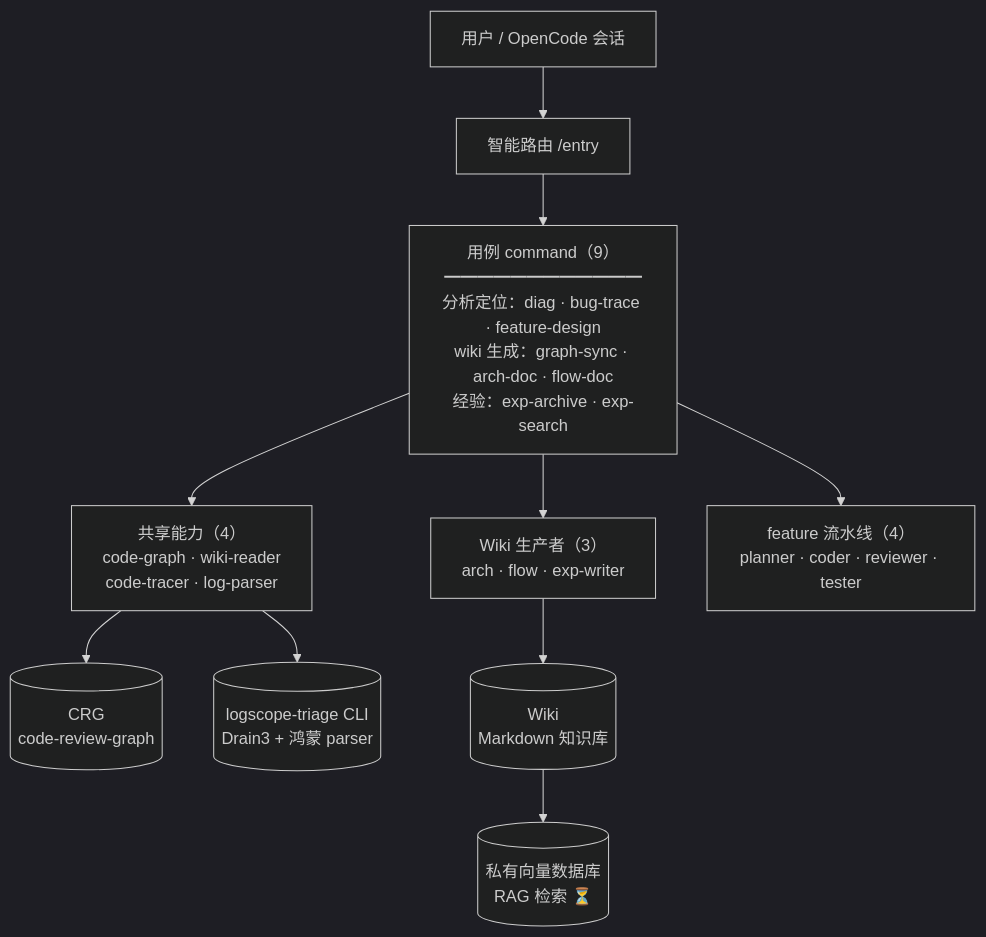
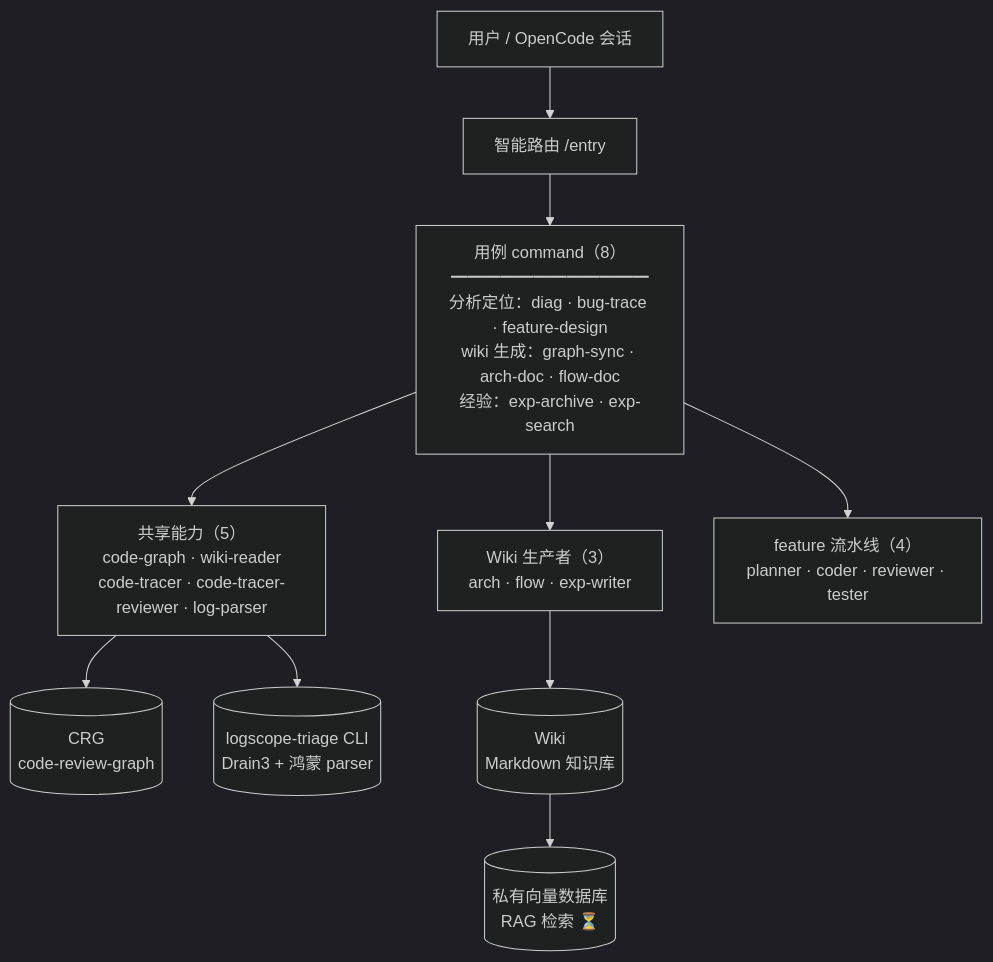
Before and after one commit to astronautJack/HiAgent: the diagram in README.md, drawn with Mermaid (dark theme).

Commit message:
README 架构图修：共享能力 4→5 加 code-tracer-reviewer（P1.11 漏更新）；用例 command 9→8（entry 独立节点）

````diff
--- a/README.md
+++ b/README.md
@@ -5,12 +5,12 @@
 ```mermaid
 flowchart TB
     Sess["用户 / OpenCode 会话"] --> Entry["智能路由 /entry"]
-    Entry --> WFs["用例 command（9）<br/>━━━━━━━━━━━━<br/>分析定位：diag · bug-trace · feature-design<br/>wiki 生成：graph-sync · arch-doc · flow-doc<br/>经验：exp-archive · exp-search"]
-    WFs --> Shared["共享能力（4）<br/>code-graph · wiki-reader<br/>code-tracer · log-parser"]
+    Entry --> WFs["用例 command（8）<br/>━━━━━━━━━━━━<br/>分析定位：diag · bug-trace · feature-design<br/>wiki 生成：graph-sync · arch-doc · flow-doc<br/>经验：exp-archive · exp-search"]
+    WFs --> Shared["共享能力（5）<br/>code-graph · wiki-reader<br/>code-tracer · code-tracer-reviewer · log-parser"]
     WFs --> Producers["Wiki 生产者（3）<br/>arch · flow · exp-writer"]
     WFs --> Pipeline["feature 流水线（4）<br/>planner · coder · reviewer · tester"]
     Shared --> CRG[("CRG<br/>code-review-graph")]
     Shared --> CLI[("logscope-triage CLI<br/>Drain3 + 鸿蒙 parser")]
     Producers --> Wiki[("Wiki<br/>Markdown 知识库")]
     Wiki --> ATH[("私有向量数据库<br/>RAG 检索 ⏳")]
 ```
````
